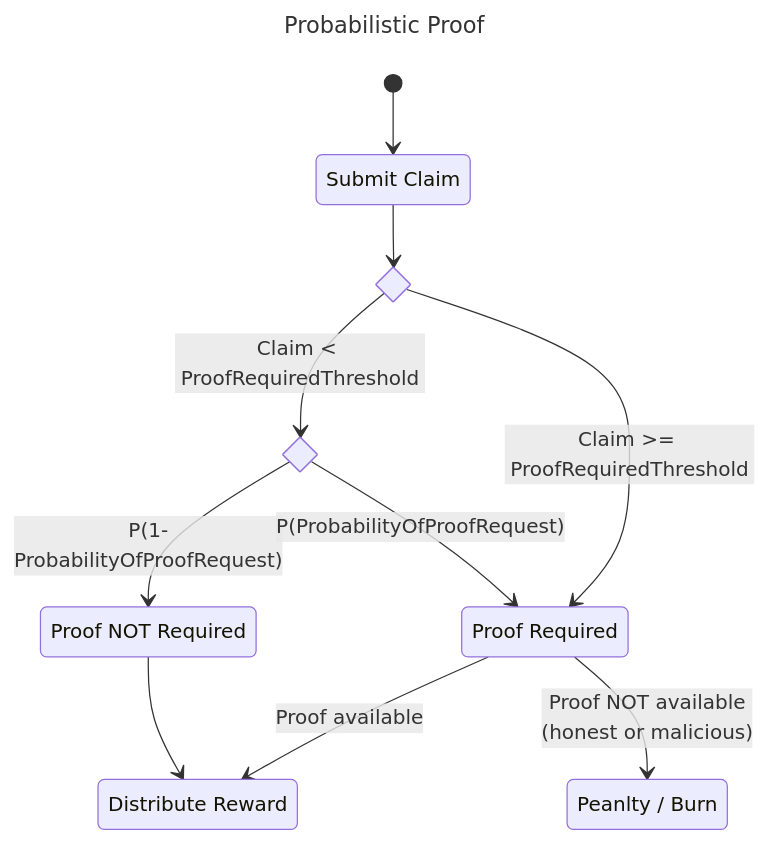
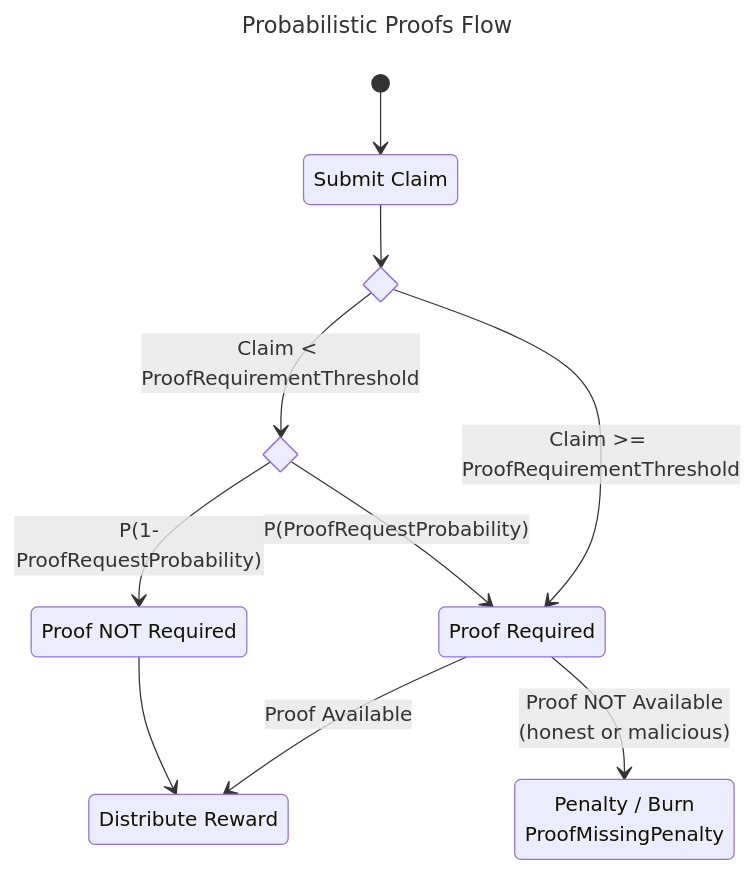
The diagram in docs/proposals/probabilistic_proofs.md (pokt-network/pocket-core), drawn with Mermaid before and after one commit. The commit also changed other lines of this file, not shown here.

````diff
--- a/docs/proposals/probabilistic_proofs.md
+++ b/docs/proposals/probabilistic_proofs.md
@@ -25,28 +58,28 @@
 ```mermaid
 ---
-title: Probabilistic Proof
+title: Probabilistic Proofs Flow
 ---
 stateDiagram-v2
     state claim_threshold <<choice>>
     state random_selection <<choice>>
 
     SC: Submit Claim
     NP: Proof NOT Required
     PR: Proof Required
     DR: Distribute Reward
-    B: Peanlty / Burn
+    B: Penalty / Burn<br>ProofMissingPenalty
 
     [*] --> SC
     SC --> claim_threshold
 
-    claim_threshold --> PR : Claim >= ProofRequiredThreshold
-    claim_threshold --> random_selection: Claim < ProofRequiredThreshold
+    claim_threshold --> PR : Claim >= ProofRequirementThreshold
+    claim_threshold --> random_selection: Claim < ProofRequirementThreshold
 
-    random_selection --> NP: P(1-ProbabilityOfProofRequest)
-    random_selection --> PR: P(ProbabilityOfProofRequest)
+    random_selection --> NP: P(1-ProofRequestProbability)
+    random_selection --> PR: P(ProofRequestProbability)
 
-    PR --> DR: Proof available
-    PR --> B: Proof NOT available<br>(honest or malicious)
+    PR --> DR: Proof Available
+    PR --> B: Proof NOT Available<br>(honest or malicious)
 
     NP --> DR
 ```
````
